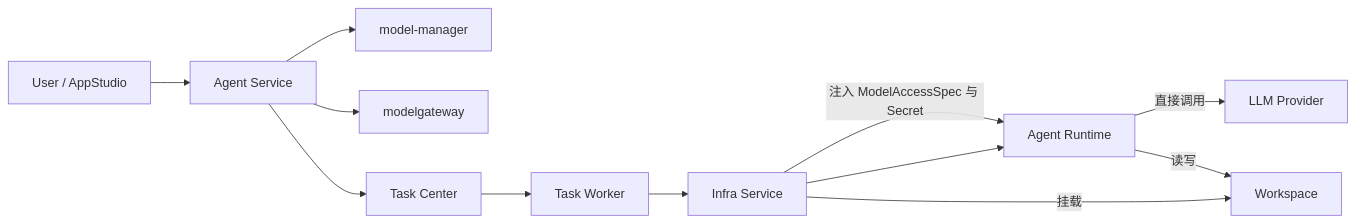
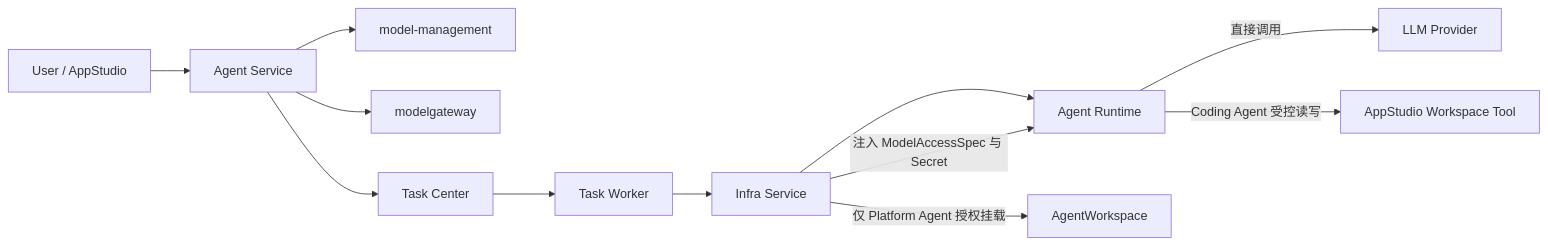
Before and after one commit to wangweihong/omnimam-spec: the ninth of 9 diagrams in 00_product/domains/agent/product-spec.md, drawn with Mermaid. The commit also changed other lines of this file and 38 other files, not shown here.

````diff
--- a/00_product/domains/agent/product-spec.md
+++ b/00_product/domains/agent/product-spec.md
@@ -2554,27 +2578,28 @@
 ```mermaid
 flowchart LR
     USER[User / AppStudio]
     AS[Agent Service]
-    MM[model-manager]
+    MM[model-management]
     MG[modelgateway]
     INFRA[Infra Service]
     AGENT[Agent Runtime]
     LLM[LLM Provider]
-    WS[Workspace]
+    AWS[AgentWorkspace]
+    ST[AppStudio Workspace Tool]
     TC[Task Center]
 
     USER --> AS
 
     AS --> MM
     AS --> MG
     AS --> TC
 
     TC --> WORKER[Task Worker]
     WORKER --> INFRA
     INFRA --> AGENT
-    INFRA -->|挂载| WS
+    INFRA -->|仅 Platform Agent 授权挂载| AWS
     INFRA -->|注入 ModelAccessSpec 与 Secret| AGENT
 
     AGENT -->|直接调用| LLM
-    AGENT -->|读写| WS
+    AGENT -->|Coding Agent 受控读写| ST
 ```
````
